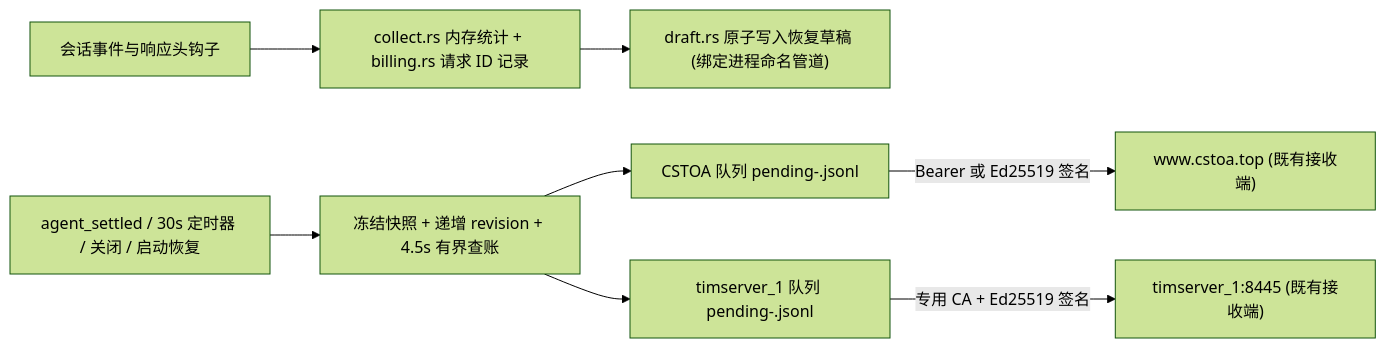
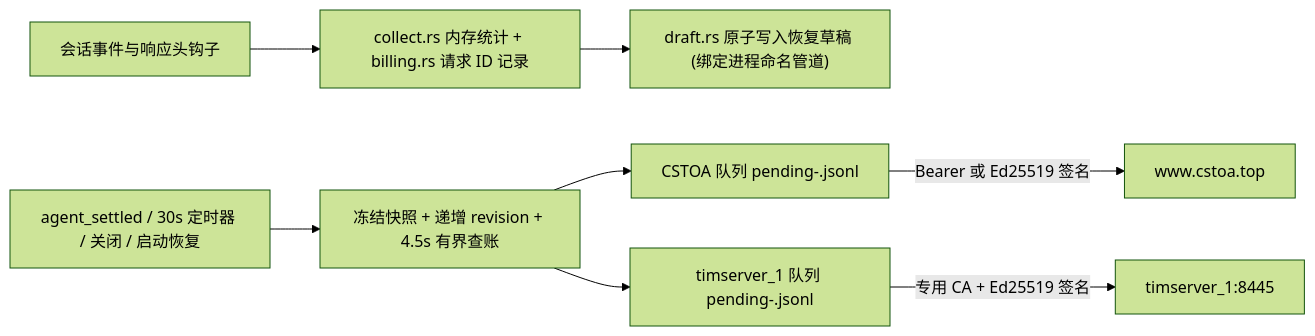
One commit to SCAU-Computer-Serving-Team/cst-pilot changed the second of 4 diagrams in doc/rust/plan/6.cst-pilot.md. Above: the diagram before and after it, drawn with Mermaid (forest theme). The commit also changed other lines of this file and 46 other files, not shown here.

````diff
--- a/doc/rust/plan/6.cst-pilot.md
+++ b/doc/rust/plan/6.cst-pilot.md
@@ -279,10 +289,10 @@
 ```mermaid
 flowchart LR
     Hooks["会话事件与响应头钩子"] --> Collect["collect.rs 内存统计 + billing.rs 请求 ID 记录"]
     Collect --> Draft["draft.rs 原子写入恢复草稿 (绑定进程命名管道)"]
     Triggers["agent_settled / 30s 定时器 / 关闭 / 启动恢复"] --> Submit["冻结快照 + 递增 revision + 4.5s 有界查账"]
     Submit --> Q1["CSTOA 队列 pending-<hash1>.jsonl"]
     Submit --> Q2["timserver_1 队列 pending-<hash2>.jsonl"]
-    Q1 -->|Bearer 或 Ed25519 签名| Endpoint1["www.cstoa.top (既有接收端)"]
-    Q2 -->|专用 CA + Ed25519 签名| Endpoint2["timserver_1:8445 (既有接收端)"]
+    Q1 -->|Bearer 或 Ed25519 签名| Endpoint1["www.cstoa.top"]
+    Q2 -->|专用 CA + Ed25519 签名| Endpoint2["timserver_1:8445"]
 ```
````
